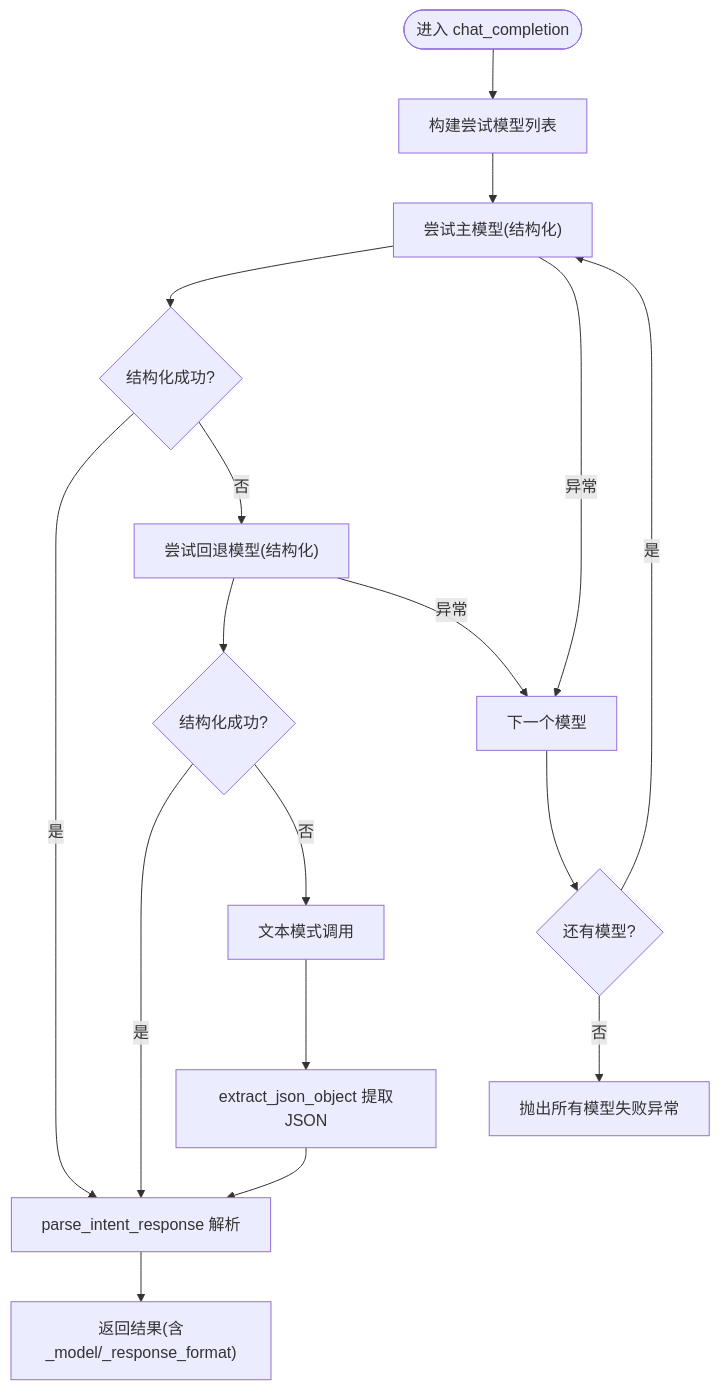
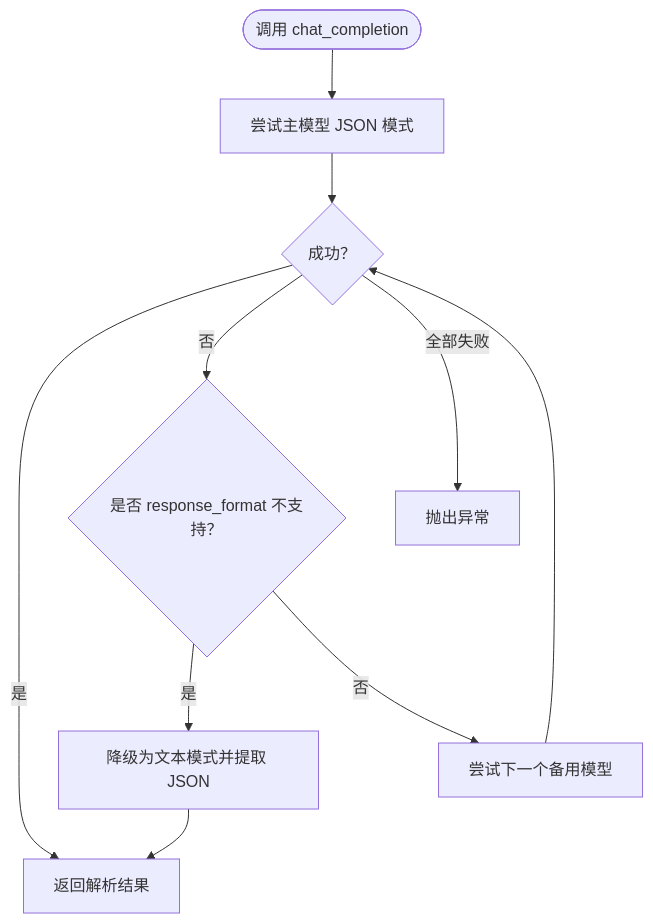
Before and after one commit to kanoha222/Laplace: the third of 5 diagrams in .qoder/repowiki/zh/content/核心模块/核心模块.md, drawn with Mermaid. The commit also changed other lines of this file and 54 other files, not shown here.

````diff
--- a/.qoder/repowiki/zh/content/核心模块/核心模块.md
+++ b/.qoder/repowiki/zh/content/核心模块/核心模块.md
@@ -158,19 +193,12 @@
 ```mermaid
 flowchart TD
-Start(["进入 chat_completion"]) --> BuildModels["构建尝试模型列表"]
-BuildModels --> TryPrimary["尝试主模型(结构化)"]
-TryPrimary --> StructOK{"结构化成功?"}
-StructOK --> |是| Parse["parse_intent_response 解析"]
-Parse --> Return["返回结果(含_model/_response_format)"]
-StructOK --> |否| Fallback["尝试回退模型(结构化)"]
-Fallback --> FallbackOK{"结构化成功?"}
-FallbackOK --> |是| Parse
-FallbackOK --> |否| TextMode["文本模式调用"]
-TextMode --> Extract["extract_json_object 提取JSON"]
-Extract --> Parse
-TryPrimary --> |异常| NextModel["下一个模型"]
-Fallback --> |异常| NextModel
-NextModel --> MoreModels{"还有模型?"}
-MoreModels --> |是| TryPrimary
-MoreModels --> |否| Raise["抛出所有模型失败异常"]
+Start(["调用 chat_completion"]) --> TryPrimary["尝试主模型 JSON 模式"]
+TryPrimary --> Success{"成功？"}
+Success --> |是| ReturnParsed["返回解析结果"]
+Success --> |否| CheckErr{"是否 response_format 不支持？"}
+CheckErr --> |是| TryText["降级为文本模式并提取 JSON"]
+CheckErr --> |否| NextModel["尝试下一个备用模型"]
+TryText --> ReturnParsed
+NextModel --> Success
+Success --> |全部失败| RaiseErr["抛出异常"]
 ```
````
